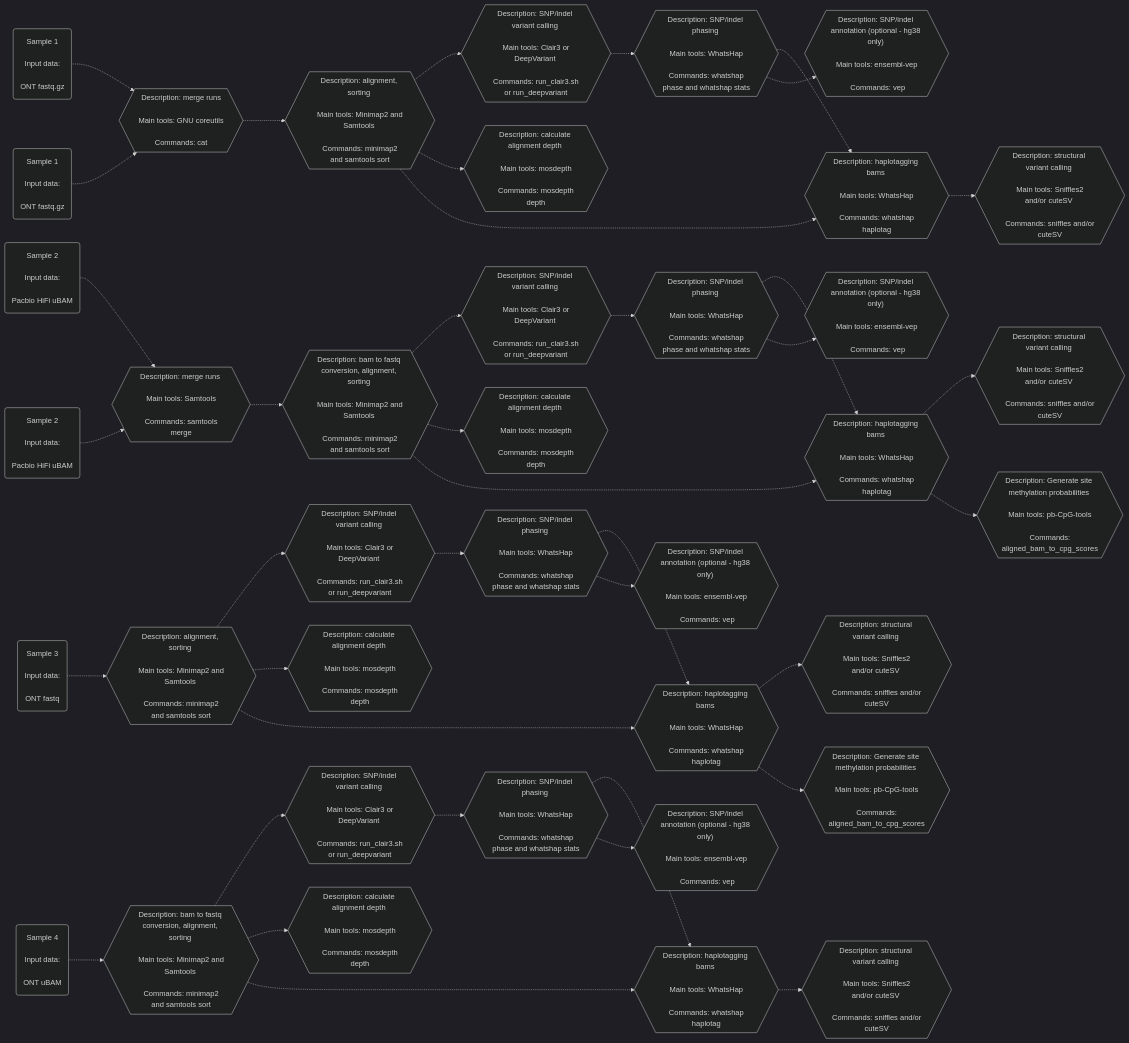
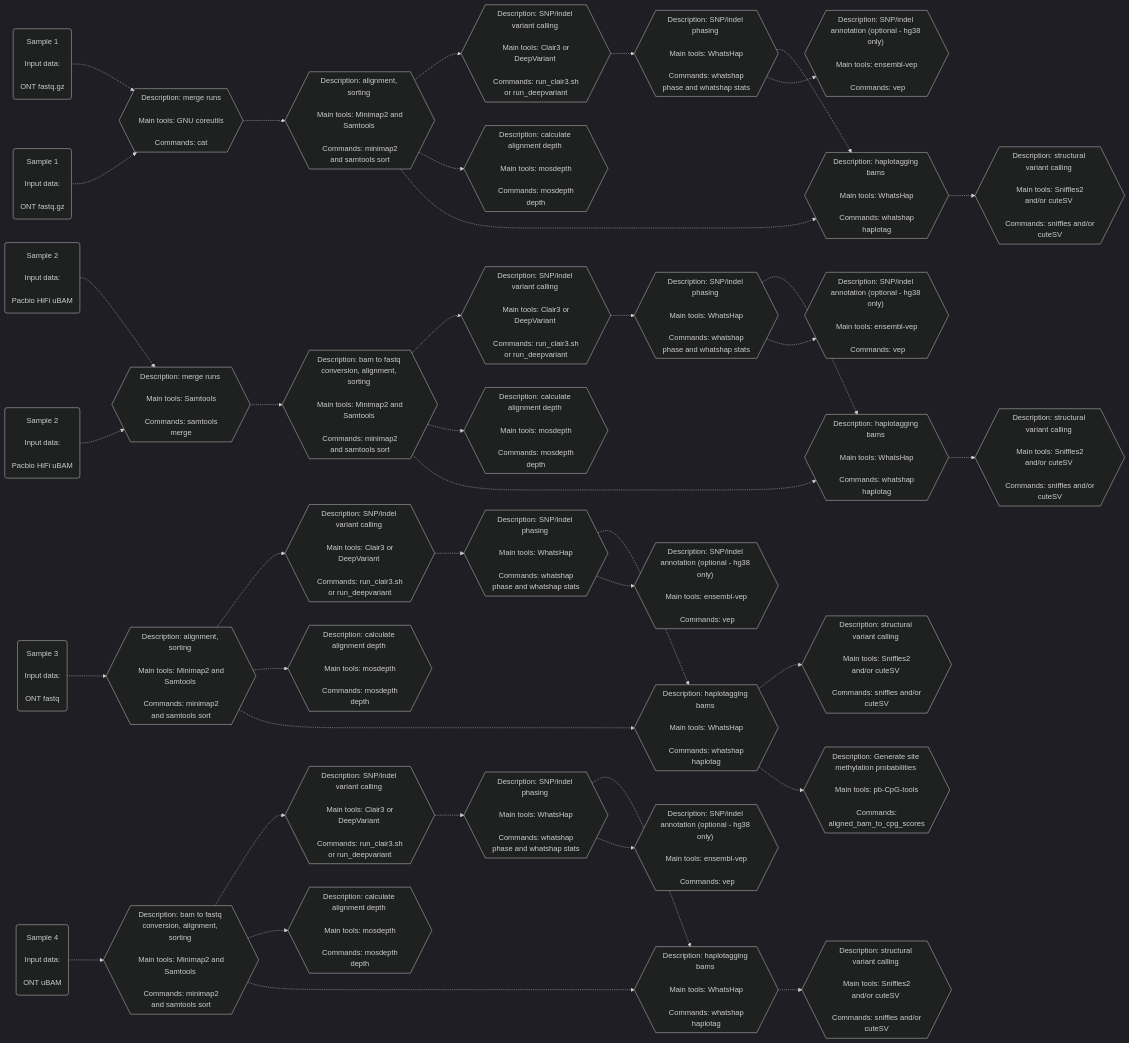
Before and after one commit to leahkemp/pipeface: the second of 2 diagrams in README.md, drawn with Mermaid.

Commit message:
fix mermaid diagram

````diff
--- a/README.md
+++ b/README.md
@@ -41,79 +41,77 @@
 ```mermaid
 %%{init: {'theme':'dark'}}%%
 flowchart LR
 
 ont_data_f1("Sample 1 <br><br> Input data: <br><br> ONT fastq.gz")
 ont_data_f2("Sample 1 <br><br> Input data: <br><br> ONT fastq.gz")
 pacbio_data_f3("Sample 2 <br><br> Input data: <br><br> Pacbio HiFi uBAM")
 pacbio_data_f4("Sample 2 <br><br> Input data: <br><br> Pacbio HiFi uBAM")
 ont_data_f5("Sample 3 <br><br> Input data: <br><br> ONT fastq")
 ont_data_f6("Sample 4 <br><br> Input data: <br><br> ONT uBAM")
 
 merging_m1{{"Description: merge runs <br><br> Main tools: GNU coreutils <br><br> Commands: cat"}}
 merging_m2{{"Description: merge runs <br><br> Main tools: Samtools <br><br> Commands: samtools merge"}}
 
 alignment_s1{{"Description: alignment, sorting <br><br> Main tools: Minimap2 and Samtools <br><br> Commands: minimap2 and samtools sort"}}
 alignment_s2{{"Description: alignment, sorting <br><br> Main tools: Minimap2 and Samtools <br><br> Commands: minimap2 and samtools sort"}}
 alignment_s3{{"Description: bam to fastq conversion, alignment, sorting <br><br> Main tools: Minimap2 and Samtools <br><br> Commands: minimap2 and samtools sort"}}
 alignment_s4{{"Description: bam to fastq conversion, alignment, sorting <br><br> Main tools: Minimap2 and Samtools <br><br> Commands: minimap2 and samtools sort"}}
 
 depth_s1{{"Description: calculate alignment depth <br><br> Main tools: mosdepth <br><br> Commands: mosdepth depth"}}
 depth_s2{{"Description: calculate alignment depth <br><br> Main tools: mosdepth <br><br> Commands: mosdepth depth"}}
 depth_s3{{"Description: calculate alignment depth <br><br> Main tools: mosdepth <br><br> Commands: mosdepth depth"}}
 depth_s4{{"Description: calculate alignment depth <br><br> Main tools: mosdepth <br><br> Commands: mosdepth depth"}}
 
 snp_indel_calling_s1{{"Description: SNP/indel variant calling <br><br> Main tools: Clair3 or DeepVariant <br><br> Commands: run_clair3.sh or run_deepvariant"}}
 snp_indel_calling_s2{{"Description: SNP/indel variant calling <br><br> Main tools: Clair3 or DeepVariant <br><br> Commands: run_clair3.sh or run_deepvariant"}}
 snp_indel_calling_s3{{"Description: SNP/indel variant calling <br><br> Main tools: Clair3 or DeepVariant <br><br> Commands: run_clair3.sh or run_deepvariant"}}
 snp_indel_calling_s4{{"Description: SNP/indel variant calling <br><br> Main tools: Clair3 or DeepVariant <br><br> Commands: run_clair3.sh or run_deepvariant"}}
 
 snp_indel_phasing_s1{{"Description: SNP/indel phasing <br><br> Main tools: WhatsHap <br><br> Commands: whatshap phase and whatshap stats"}}
 snp_indel_phasing_s2{{"Description: SNP/indel phasing <br><br> Main tools: WhatsHap <br><br> Commands: whatshap phase and whatshap stats"}}
 snp_indel_phasing_s3{{"Description: SNP/indel phasing <br><br> Main tools: WhatsHap <br><br> Commands: whatshap phase and whatshap stats"}}
 snp_indel_phasing_s4{{"Description: SNP/indel phasing <br><br> Main tools: WhatsHap <br><br> Commands: whatshap phase and whatshap stats"}}
 
 snp_indel_annotation_s1{{"Description: SNP/indel annotation (optional - hg38 only)" <br><br> Main tools: ensembl-vep <br><br> Commands: vep}}
 snp_indel_annotation_s2{{"Description: SNP/indel annotation (optional - hg38 only)" <br><br> Main tools: ensembl-vep <br><br> Commands: vep}}
 snp_indel_annotation_s3{{"Description: SNP/indel annotation (optional - hg38 only)" <br><br> Main tools: ensembl-vep <br><br> Commands: vep}}
 snp_indel_annotation_s4{{"Description: SNP/indel annotation (optional - hg38 only)" <br><br> Main tools: ensembl-vep <br><br> Commands: vep}}
 
 haplotagging_s1{{"Description: haplotagging bams <br><br> Main tools: WhatsHap <br><br> Commands: whatshap haplotag"}}
 haplotagging_s2{{"Description: haplotagging bams <br><br> Main tools: WhatsHap <br><br> Commands: whatshap haplotag"}}
 haplotagging_s3{{"Description: haplotagging bams <br><br> Main tools: WhatsHap <br><br> Commands: whatshap haplotag"}}
 haplotagging_s4{{"Description: haplotagging bams <br><br> Main tools: WhatsHap <br><br> Commands: whatshap haplotag"}}
 
 generate_meth_probs_s2{{"Description: Generate site methylation probabilities <br><br> Main tools: pb-CpG-tools <br><br> Commands: aligned_bam_to_cpg_scores"}}
-generate_meth_probs_s4{{"Description: Generate site methylation probabilities <br><br> Main tools: pb-CpG-tools <br><br> Commands: aligned_bam_to_cpg_scores"}}
 
 sv_calling_s1{{"Description: structural variant calling <br><br> Main tools: Sniffles2 and/or cuteSV <br><br> Commands: sniffles and/or cuteSV"}}
 sv_calling_s2{{"Description: structural variant calling <br><br> Main tools: Sniffles2 and/or cuteSV <br><br> Commands: sniffles and/or cuteSV"}}
 sv_calling_s3{{"Description: structural variant calling <br><br> Main tools: Sniffles2 and/or cuteSV <br><br> Commands: sniffles and/or cuteSV"}}
 sv_calling_s4{{"Description: structural variant calling <br><br> Main tools: Sniffles2 and/or cuteSV <br><br> Commands: sniffles and/or cuteSV"}}
 
 ont_data_f1-.->merging_m1-.->alignment_s1-.->snp_indel_calling_s1-.->snp_indel_phasing_s1-.->haplotagging_s1-.->sv_calling_s1
 ont_data_f2-.->merging_m1
 ont_data_f5-.->alignment_s2-.->snp_indel_calling_s2-.->snp_indel_phasing_s2-.->haplotagging_s2-.->sv_calling_s2
 ont_data_f6-.->alignment_s3-.->snp_indel_calling_s3-.->snp_indel_phasing_s3-.->haplotagging_s3-.->sv_calling_s3
 
 pacbio_data_f3-.->merging_m2-.->alignment_s4-.->snp_indel_calling_s4-.->snp_indel_phasing_s4-.->haplotagging_s4-.->sv_calling_s4
 pacbio_data_f4-.->merging_m2
 
 alignment_s1-.->depth_s1
 alignment_s2-.->depth_s2
 alignment_s3-.->depth_s3
 alignment_s4-.->depth_s4
 
 alignment_s1-.->haplotagging_s1
 alignment_s2-.->haplotagging_s2
 alignment_s3-.->haplotagging_s3
 alignment_s4-.->haplotagging_s4
 
 haplotagging_s2-.->generate_meth_probs_s2
-haplotagging_s4-.->generate_meth_probs_s4
 
 snp_indel_phasing_s1-.->snp_indel_annotation_s1
 snp_indel_phasing_s2-.->snp_indel_annotation_s2
 snp_indel_phasing_s3-.->snp_indel_annotation_s3
 snp_indel_phasing_s4-.->snp_indel_annotation_s4
 
 ```
````
